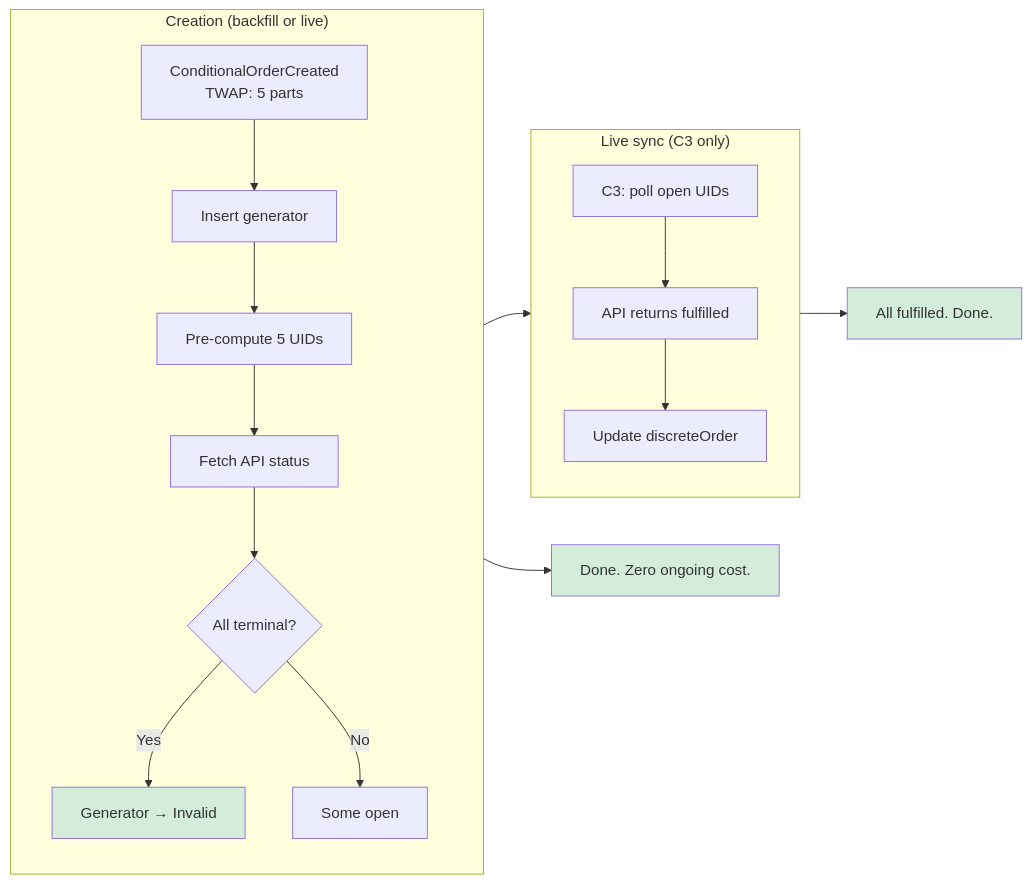
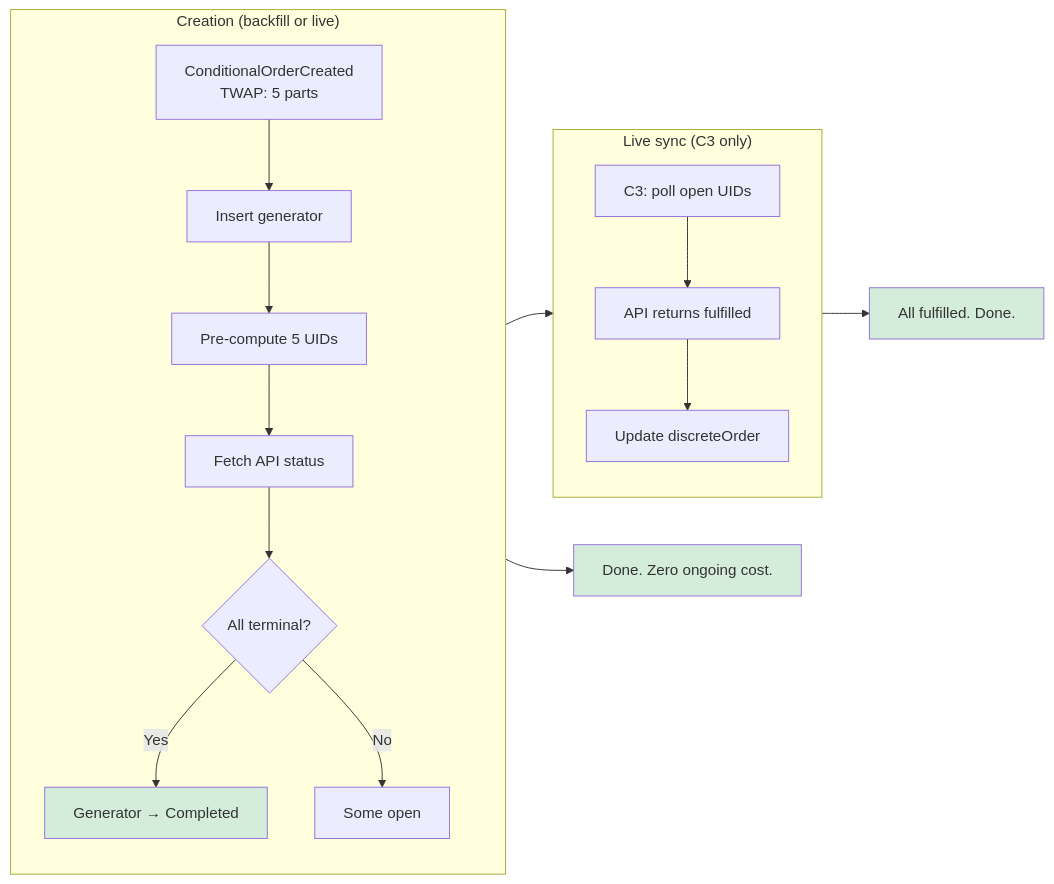
The fourth of 7 diagrams in agent_docs/m3-orderbook-integration-flow.md (bleu/cow-programmatic-orders-api), drawn with Mermaid before and after one commit. The commit also changed other lines of this file and 4 other files, not shown here.

````diff
--- a/agent_docs/m3-orderbook-integration-flow.md
+++ b/agent_docs/m3-orderbook-integration-flow.md
@@ -506,32 +518,32 @@
 ```mermaid
 flowchart LR
     subgraph Creation["Creation (backfill or live)"]
         direction TB
         E1["ConditionalOrderCreated<br/>TWAP: 5 parts"]
         E2["Insert generator"]
         E3["Pre-compute 5 UIDs"]
         E4["Fetch API status"]
         E5{"All terminal?"}
-        E6["Generator → Invalid"]
+        E6["Generator → Completed"]
         E7["Some open"]
         E1 --> E2 --> E3 --> E4 --> E5
         E5 -->|Yes| E6
         E5 -->|No| E7
     end
 
     subgraph Live["Live sync (C3 only)"]
         direction TB
         L1["C3: poll open UIDs"]
         L2["API returns fulfilled"]
         L3["Update discreteOrder"]
         L1 --> L2 --> L3
     end
 
     E7 --> Live
     E6 --> Done["Done. Zero ongoing cost."]
     L3 --> Done2["All fulfilled. Done."]
 
     style E6 fill:#d4edda
     style Done fill:#d4edda
     style Done2 fill:#d4edda
 ```
````
